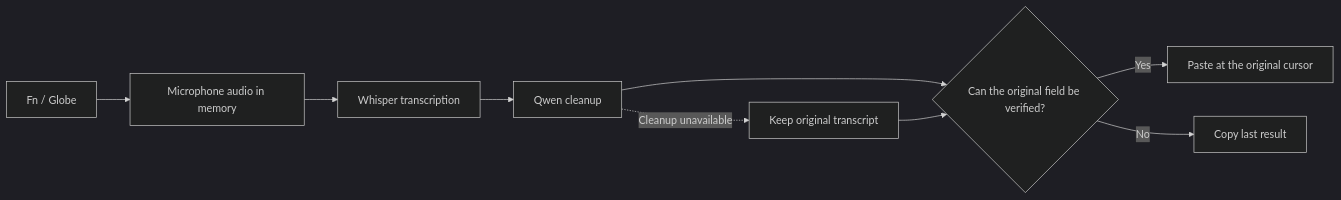
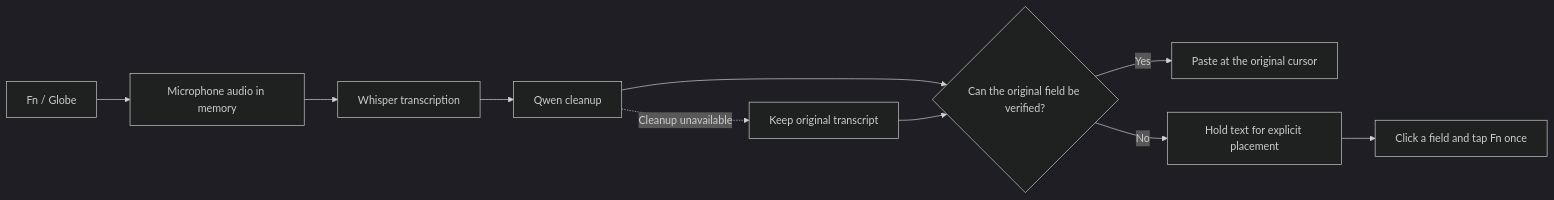
The diagram in README.md (ysham123/imnotpayingforwisprflow), drawn with Mermaid (dark theme) before and after one commit. The commit also changed other lines of this file and 39 other files, not shown here.

Commit message:
Add visible dictation status and protected text placement for v1.2

````diff
--- a/README.md
+++ b/README.md
@@ -116,11 +120,12 @@
 ```mermaid
 flowchart LR
     A[Fn / Globe] --> B[Microphone audio in memory]
     B --> C[Whisper transcription]
     C --> D[Qwen cleanup]
     D --> E{Can the original field be verified?}
     E -->|Yes| F[Paste at the original cursor]
-    E -->|No| G[Copy last result]
+    E -->|No| G[Hold text for explicit placement]
+    G --> H1[Click a field and tap Fn once]
     D -. Cleanup unavailable .-> H[Keep original transcript]
     H --> E
 ```
````
